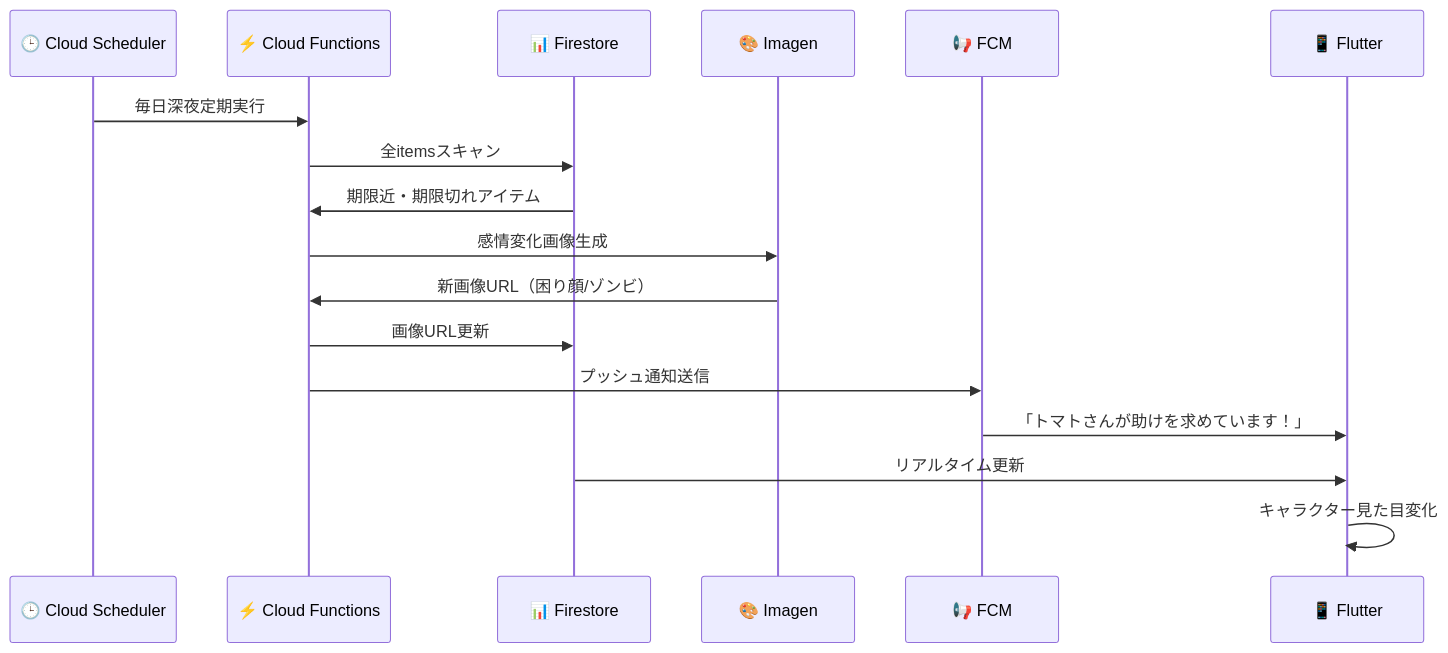
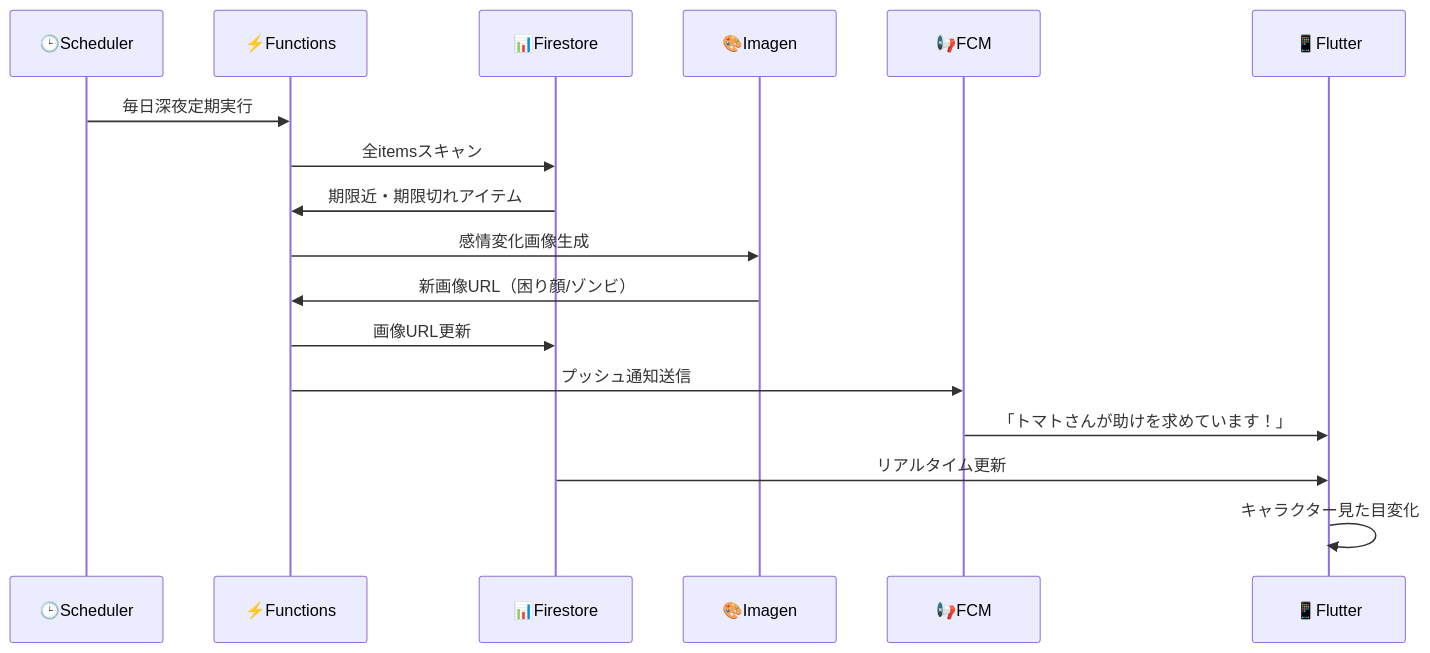
Before and after one commit to Moyarzabal/GCP-Hackathon-F06: the third of 3 diagrams in architecture.md, drawn with Mermaid. The commit also changed other lines of this file, not shown here.

First line of the commit message:
fix: 🔧 Mermaid図の構文エラーを修正

````diff
--- a/architecture.md
+++ b/architecture.md
@@ -191,20 +191,20 @@
 ```mermaid
 sequenceDiagram
-    participant S as 🕒 Cloud Scheduler
-    participant F as ⚡ Cloud Functions
-    participant DB as 📊 Firestore
-    participant I as 🎨 Imagen
-    participant N as 📢 FCM
-    participant U as 📱 Flutter
+    participant S as 🕒Scheduler
+    participant F as ⚡Functions
+    participant DB as 📊Firestore
+    participant I as 🎨Imagen
+    participant N as 📢FCM
+    participant U as 📱Flutter
 
     S->>F: 毎日深夜定期実行
     F->>DB: 全itemsスキャン
     DB->>F: 期限近・期限切れアイテム
     F->>I: 感情変化画像生成
     I->>F: 新画像URL（困り顔/ゾンビ）
     F->>DB: 画像URL更新
     F->>N: プッシュ通知送信
     N->>U: 「トマトさんが助けを求めています！」
     DB->>U: リアルタイム更新
     U->>U: キャラクター見た目変化
 ```
````
